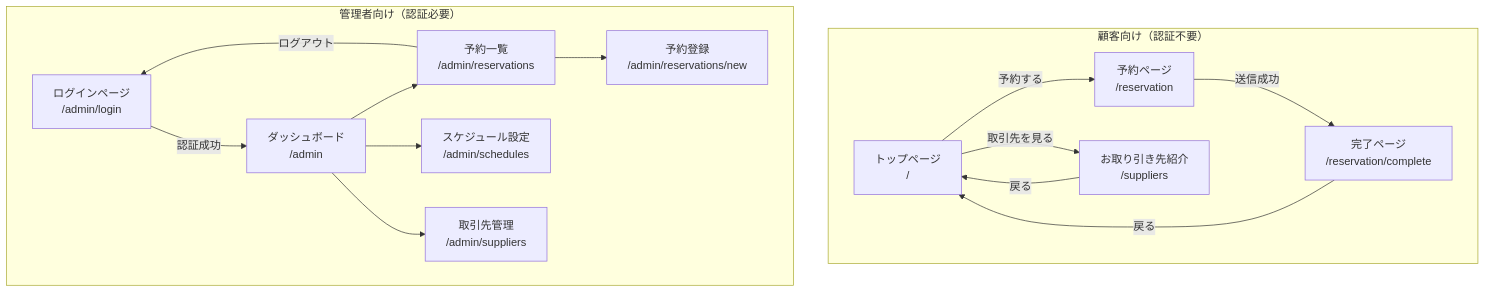
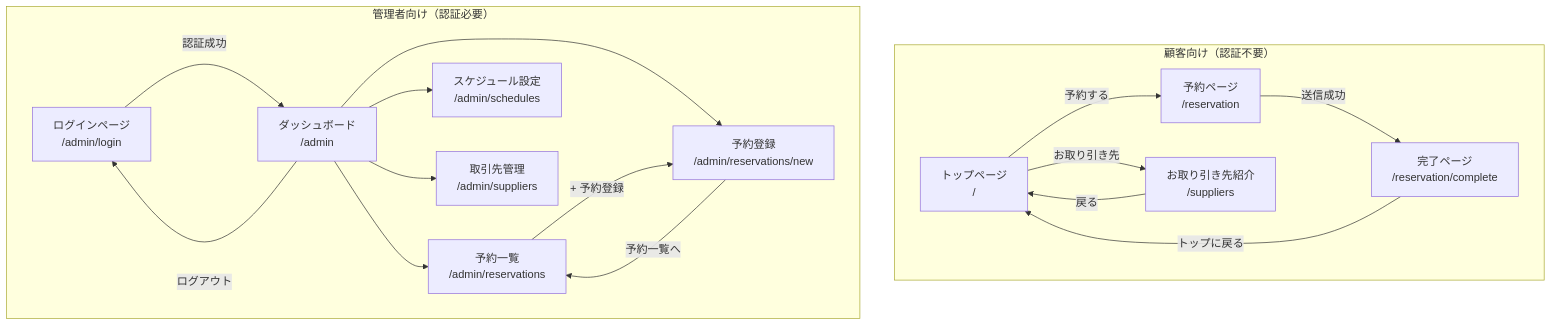
One commit to cergijame101007/satehits changed the diagram in docs/screen_transition.md. Above: the diagram before and after it, drawn with Mermaid. The commit also changed other lines of this file and 5 other files, not shown here.

````diff
--- a/docs/screen_transition.md
+++ b/docs/screen_transition.md
@@ -5,31 +7,33 @@
 ```mermaid
 flowchart TB
     subgraph Public[顧客向け（認証不要）]
         Top[トップページ<br>/]
         Reservation[予約ページ<br>/reservation]
         Complete[完了ページ<br>/reservation/complete]
         Suppliers[お取り引き先紹介<br>/suppliers]
     end
 
     subgraph Admin[管理者向け（認証必要）]
         Login[ログインページ<br>/admin/login]
         Dashboard[ダッシュボード<br>/admin]
         ReservationList[予約一覧<br>/admin/reservations]
         ReservationCreate[予約登録<br>/admin/reservations/new]
         ScheduleSettings[スケジュール設定<br>/admin/schedules]
         SupplierList[取引先管理<br>/admin/suppliers]
     end
 
     Top -->|予約する| Reservation
-    Top -->|取引先を見る| Suppliers
+    Top -->|お取り引き先| Suppliers
     Reservation -->|送信成功| Complete
-    Complete -->|戻る| Top
+    Complete -->|トップに戻る| Top
     Suppliers -->|戻る| Top
 
     Login -->|認証成功| Dashboard
     Dashboard --> ReservationList
+    Dashboard --> ReservationCreate
     Dashboard --> ScheduleSettings
     Dashboard --> SupplierList
-    ReservationList --> ReservationCreate
-    ReservationList -->|ログアウト| Login
+    ReservationList -->|+ 予約登録| ReservationCreate
+    ReservationCreate -->|予約一覧へ| ReservationList
+    Dashboard -->|ログアウト| Login
 ```
````
